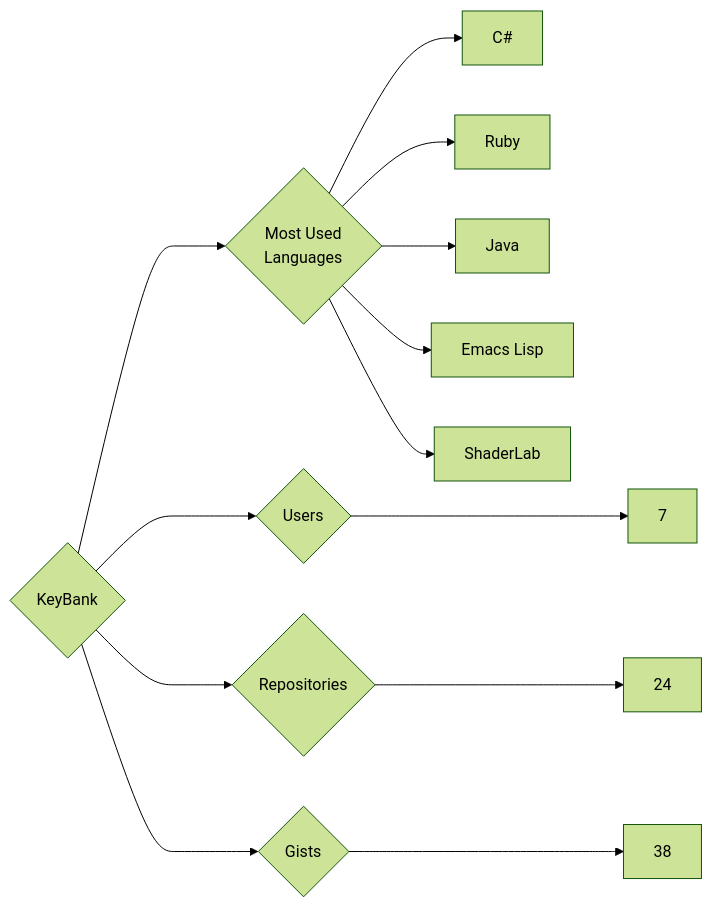
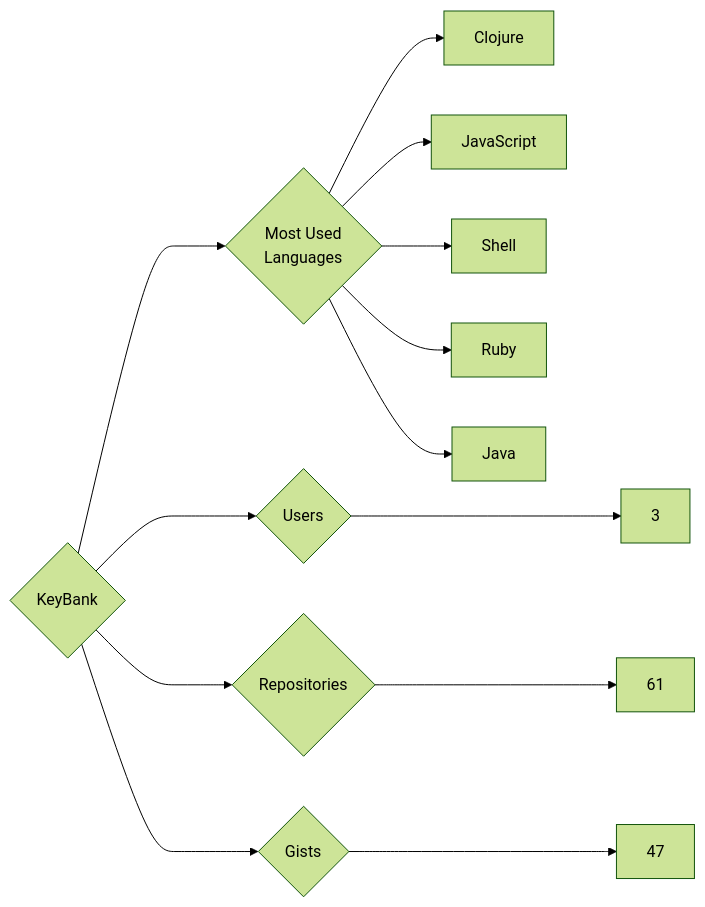
One commit to trickest/insiders changed the diagram in targets/KeyBank/README.md. Above: the diagram before and after it, drawn with Mermaid (forest theme). The commit also changed 1248 other files, not shown here.

````diff
--- a/targets/KeyBank/README.md
+++ b/targets/KeyBank/README.md
@@ -3,13 +3,13 @@
 ```mermaid
 graph LR
 COMPANY_NAME{KeyBank}
-COMPANY_NAME ---> U{Users} ---> UN[7]
-COMPANY_NAME ---> R{Repositories} ---> RN[24]
-COMPANY_NAME ---> G{Gists} ---> GN[38]
+COMPANY_NAME ---> U{Users} ---> UN[3]
+COMPANY_NAME ---> R{Repositories} ---> RN[61]
+COMPANY_NAME ---> G{Gists} ---> GN[47]
 COMPANY_NAME ---> ML{Most Used<br>Languages}
-ML --> C#[C#]
+ML --> Clojure[Clojure]
+ML --> JavaScript[JavaScript]
+ML --> Shell[Shell]
 ML --> Ruby[Ruby]
 ML --> Java[Java]
-ML --> Emacs_Lisp[Emacs Lisp]
-ML --> ShaderLab[ShaderLab]
 ```
````
